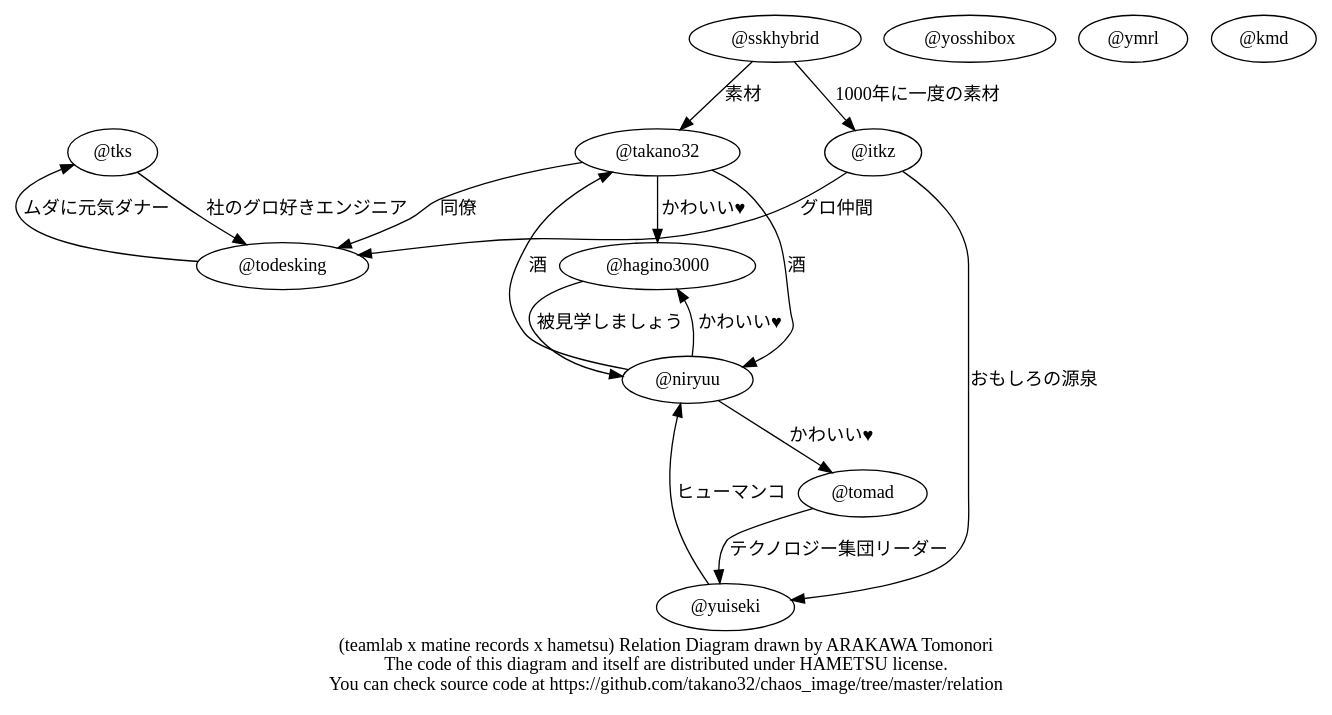
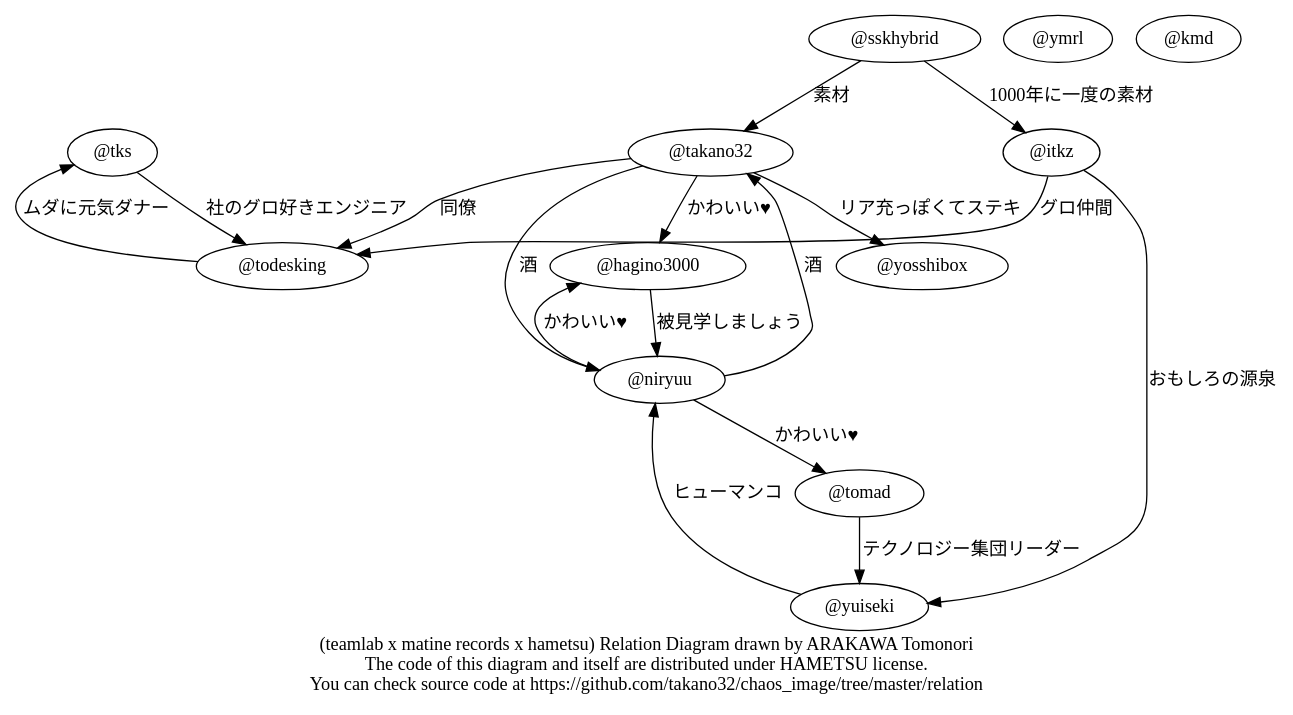
One commit to hametsu/chaos_image changed the diagram in relation/hameatsudo.dot. Above: the diagram before and after it, drawn with Graphviz.

Commit message:
takano32 -> yosshibox

```diff
--- a/relation/hameatsudo.dot
+++ b/relation/hameatsudo.dot
@@ -1,23 +1,24 @@
 digraph Hameatsudo {
   graph [concentrate = true];
   overlap=orthoxy;
   "@tks" -> "@todesking" [label = "社のグロ好きエンジニア"];
   "@takano32" -> "@todesking" [label = "同僚"];
   "@takano32" -> "@hagino3000" [label = "かわいい♥"];
+  "@takano32" -> "@yosshibox" [label = "リア充っぽくてステキ"];
   "@todesking" -> "@tks" [label = "ムダに元気ダナー"];
   "@tomad" -> "@yuiseki" [label = "テクノロジー集団リーダー"];
   "@yosshibox"
   "@sskhybrid" -> "@itkz" [label = "1000年に一度の素材"];
   "@sskhybrid" -> "@takano32" [label = "素材"];
   "@ymrl"
   "@niryuu" -> "@hagino3000" [label = "かわいい♥"];
   "@niryuu" -> "@tomad" [label = "かわいい♥"];
   "@niryuu" -> "@takano32" [label = "酒"];
   "@takano32" -> "@niryuu" [label = "酒"];
   "@itkz" -> "@todesking" [label = "グロ仲間"];
   "@itkz" -> "@yuiseki" [label = "おもしろの源泉"];
   "@yuiseki" -> "@niryuu" [label = "ヒューマンコ"];
   "@hagino3000" -> "@niryuu" [label = "被見学しましょう"];
   "@kmd"
   label = "(teamlab x matine records x hametsu) Relation Diagram drawn by ARAKAWA Tomonori\nThe code of this diagram and itself are distributed under HAMETSU license.\nYou can check source code at https://github.com/takano32/chaos_image/tree/master/relation";
 }
```
